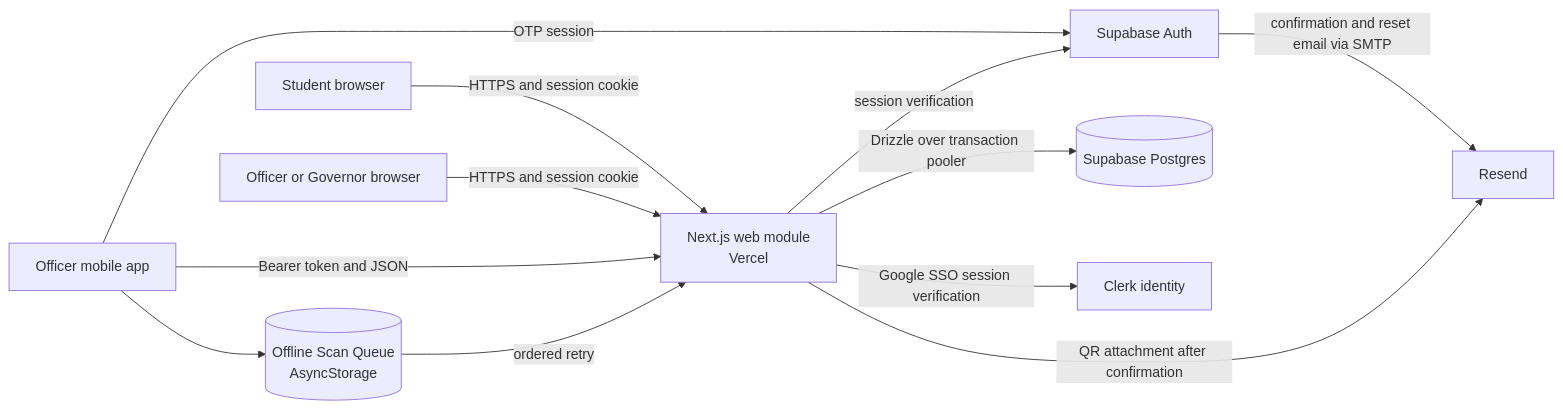
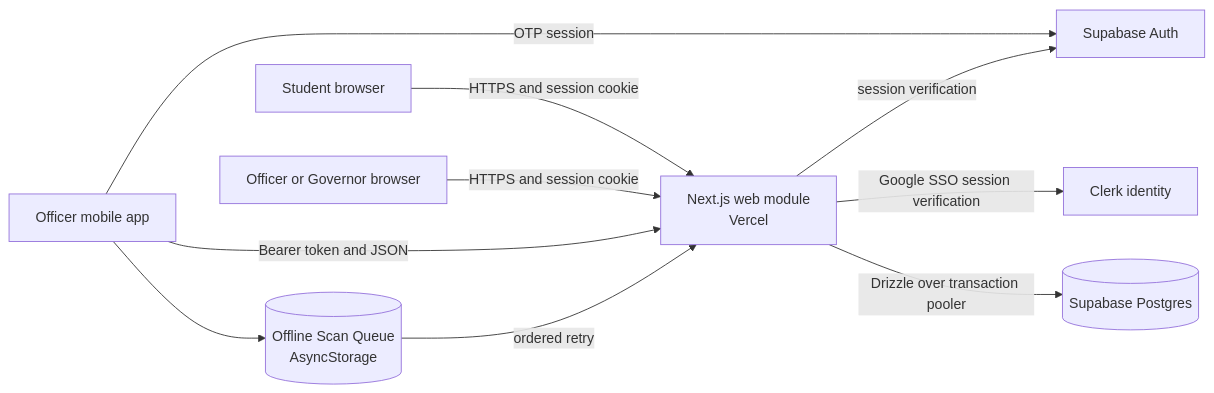
One commit to NCF-CCS-Opensource/csc changed the first of 3 diagrams in docs/architecture.md. Above: the diagram before and after it, drawn with Mermaid. The commit also changed other lines of this file and 5 other files, not shown here.

First line of the commit message:
docs: retire Resend from architecture and deployment docs

````diff
--- a/docs/architecture.md
+++ b/docs/architecture.md
@@ -17,24 +17,21 @@
 ```mermaid
 flowchart LR
     Student[Student browser]
     Staff[Officer or Governor browser]
     Mobile[Officer mobile app]
     Web[Next.js web module<br/>Vercel]
     Auth[Supabase Auth]
     DB[(Supabase Postgres)]
-    Resend[Resend]
     Queue[(Offline Scan Queue<br/>AsyncStorage)]
 
     Clerk[Clerk identity]
     Student -->|HTTPS and session cookie| Web
     Staff -->|HTTPS and session cookie| Web
     Web -->|Google SSO session verification| Clerk
     Mobile -->|OTP session| Auth
     Mobile -->|Bearer token and JSON| Web
     Mobile --> Queue
     Queue -->|ordered retry| Web
     Web -->|session verification| Auth
     Web -->|Drizzle over transaction pooler| DB
-    Auth -->|confirmation and reset email via SMTP| Resend
-    Web -->|QR attachment after confirmation| Resend
 ```
````
